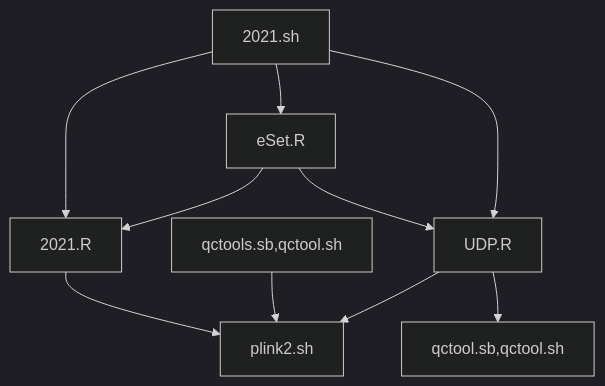
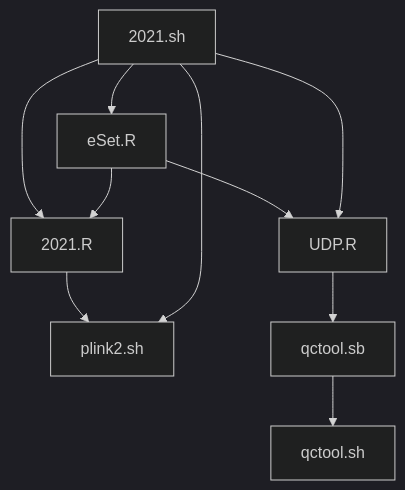
Before and after one commit to jinghuazhao/Caprion: the second of 2 diagrams in docs/README.md, drawn with Mermaid (dark theme). The commit also changed 1 other file, not shown here.

````diff
--- a/docs/README.md
+++ b/docs/README.md
@@ -51,13 +51,13 @@
 ```mermaid
 graph TB
 2021.sh
 2021.sh --> eSet.R
 2021.sh --> 2021.R
 2021.R --> plink2.sh
 eSet.R --> 2021.R
 eSet.R --> UDP.R
 2021.sh --> UDP.R
-UDP.R --> qctool.sb,qctool.sh
-qctools.sb,qctool.sh --> plink2.sh
-UDP.R --> plink2.sh
+UDP.R --> qctool.sb
+qctool.sb --> qctool.sh
+2021.sh --> plink2.sh
 ```
````
